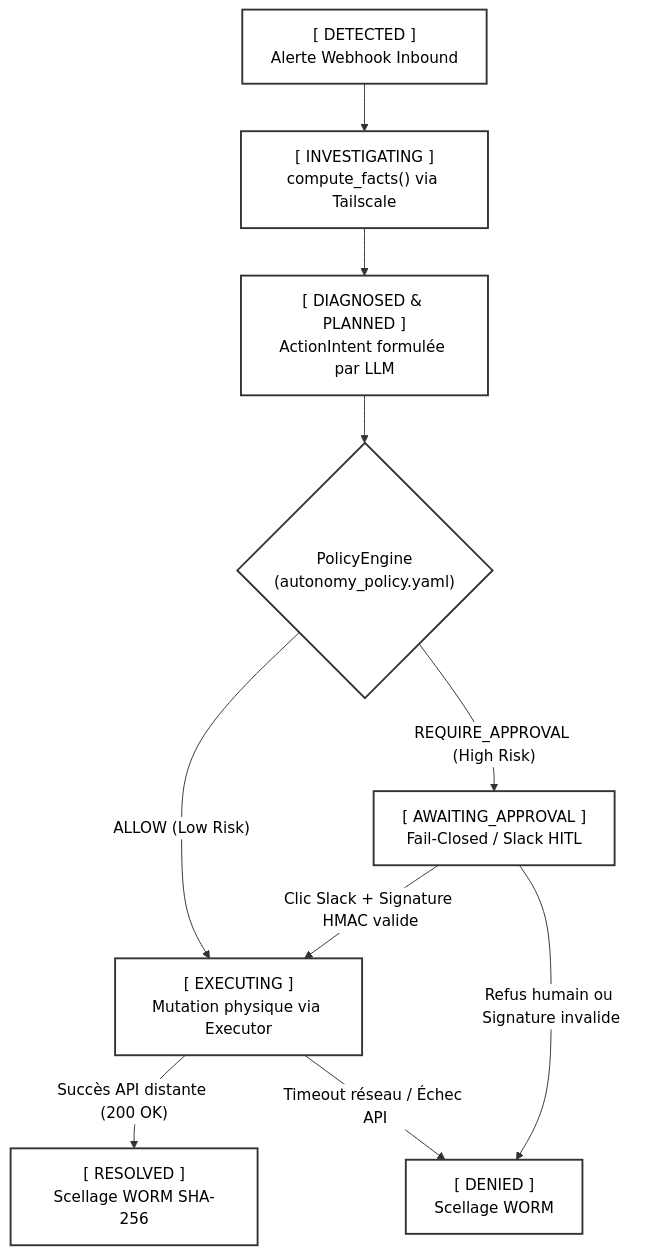
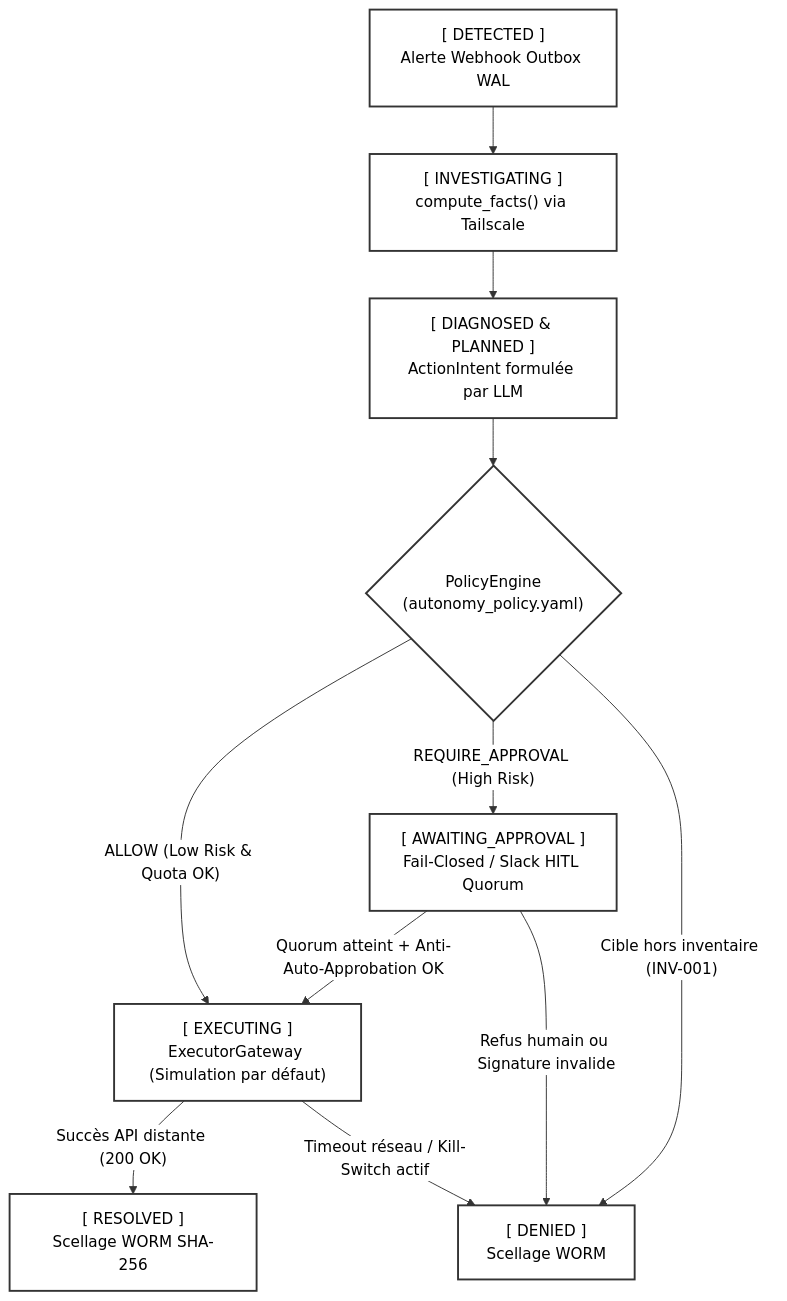
The diagram in docs/fiche_soutenance_jury_sre.md (nolll77/agentic-ops), drawn with Mermaid before and after one commit. The commit also changed other lines of this file and 48 other files, not shown here.

````diff
--- a/docs/fiche_soutenance_jury_sre.md
+++ b/docs/fiche_soutenance_jury_sre.md
@@ -55,22 +57,23 @@
 ```mermaid
 %%{init: {'theme': 'base', 'themeVariables': {'primaryColor': '#ffffff', 'primaryTextColor': '#000000', 'lineColor': '#333333'}}}%%
 flowchart TD
     %% Style global pour lisibilité (Thème Clair forcé)
     classDef default fill:#ffffff,stroke:#333333,stroke-width:2px,color:#000000;
     classDef agentic fill:#f3e5f5,stroke:#8e24aa,stroke-width:2px,color:#000000;
     classDef cible fill:#e3f2fd,stroke:#1976d2,stroke-width:2px,color:#000000;
     classDef alert fill:#ffebee,stroke:#d32f2f,stroke-width:2px,color:#000000;
 
-    S1["[ DETECTED ]<br/>Alerte Webhook Inbound"] --> S2["[ INVESTIGATING ]<br/>compute_facts() via Tailscale"]
+    S1["[ DETECTED ]<br/>Alerte Webhook Outbox WAL"] --> S2["[ INVESTIGATING ]<br/>compute_facts() via Tailscale"]
     S2 --> S3["[ DIAGNOSED & PLANNED ]<br/>ActionIntent formulée par LLM"]
     S3 --> S4{"PolicyEngine<br/>(autonomy_policy.yaml)"}
     
-    S4 -- "ALLOW (Low Risk)" --> S6["[ EXECUTING ]<br/>Mutation physique via Executor"]
-    S4 -- "REQUIRE_APPROVAL (High Risk)" --> S5["[ AWAITING_APPROVAL ]<br/>Fail-Closed / Slack HITL"]
+    S4 -- "ALLOW (Low Risk & Quota OK)" --> S6["[ EXECUTING ]<br/>ExecutorGateway (Simulation par défaut)"]
+    S4 -- "REQUIRE_APPROVAL (High Risk)" --> S5["[ AWAITING_APPROVAL ]<br/>Fail-Closed / Slack HITL Quorum"]
+    S4 -- "Cible hors inventaire (INV-001)" --> S8["[ DENIED ]<br/>Scellage WORM"]
     
-    S5 -- "Clic Slack + Signature HMAC valide" --> S6
-    S5 -- "Refus humain ou Signature invalide" --> S8["[ DENIED ]<br/>Scellage WORM"]
+    S5 -- "Quorum atteint + Anti-Auto-Approbation OK" --> S6
+    S5 -- "Refus humain ou Signature invalide" --> S8
     
     S6 -- "Succès API distante (200 OK)" --> S7["[ RESOLVED ]<br/>Scellage WORM SHA-256"]
-    S6 -- "Timeout réseau / Échec API" --> S8
+    S6 -- "Timeout réseau / Kill-Switch actif" --> S8
 ```
````
